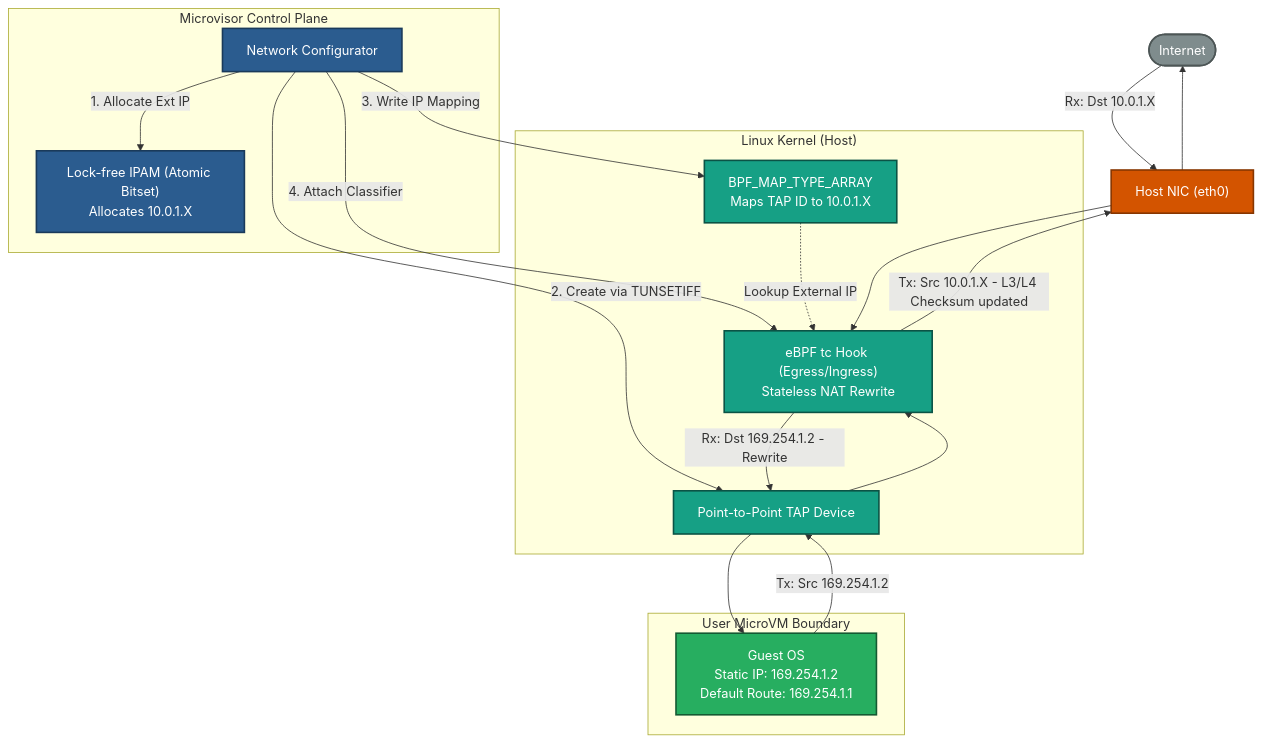
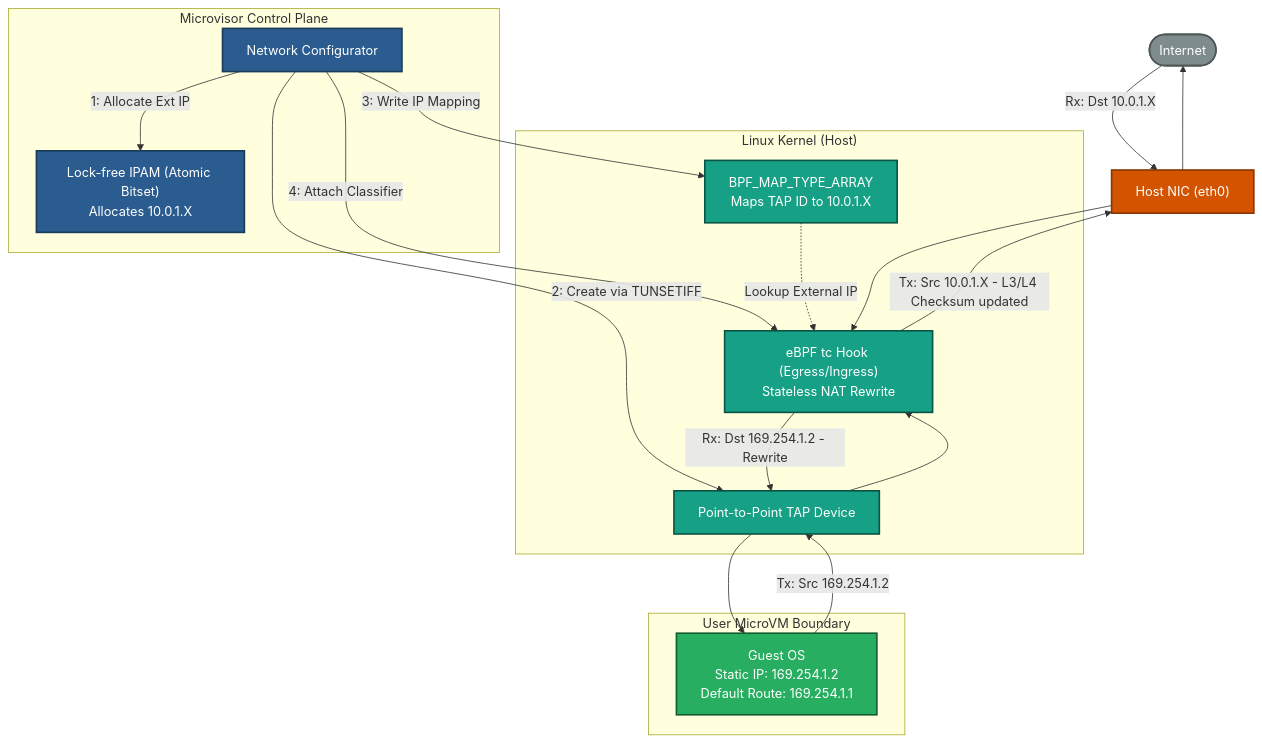
One commit to grahaml/microvisor changed the diagram in diagrams/002-network-architecture.mmd. Above: the diagram before and after it, drawn with Mermaid. The commit also changed 5 other files, not shown here.

```diff
--- a/diagrams/002-network-architecture.mmd
+++ b/diagrams/002-network-architecture.mmd
@@ -1,46 +1,46 @@
 graph TD
     classDef control_plane fill:#2b5c8f,stroke:#1a3a5a,stroke-width:2px,color:#fff;
     classDef kernel fill:#d35400,stroke:#873600,stroke-width:2px,color:#fff;
     classDef network fill:#16a085,stroke:#0b5345,stroke-width:2px,color:#fff;
     classDef user_vm fill:#27ae60,stroke:#145a32,stroke-width:2px,color:#fff;
     classDef external fill:#7f8c8d,stroke:#4d5656,stroke-width:2px,color:#fff;
 
     Internet([Internet])
     HostNIC["Host NIC (eth0)"]
 
     subgraph ControlPlane ["Microvisor Control Plane"]
         IPAM["Lock-free IPAM (Atomic Bitset)<br>Allocates 10.0.1.X"]
         Orchestrator["Network Configurator"]
     end
 
     subgraph GuestVM ["User MicroVM Boundary"]
         GuestOS["Guest OS<br>Static IP: 169.254.1.2<br>Default Route: 169.254.1.1"]
     end
 
     subgraph KernelBoundary ["Linux Kernel (Host)"]
         TAP["Point-to-Point TAP Device"]
         eBPF["eBPF tc Hook (Egress/Ingress)<br>Stateless NAT Rewrite"]
         BPFMap["BPF_MAP_TYPE_ARRAY<br>Maps TAP ID to 10.0.1.X"]
     end
 
-    Orchestrator -->|1. Allocate Ext IP| IPAM
-    Orchestrator -->|2. Create via TUNSETIFF| TAP
-    Orchestrator -->|3. Write IP Mapping| BPFMap
-    Orchestrator -->|4. Attach Classifier| eBPF
+    Orchestrator -->|1: Allocate Ext IP| IPAM
+    Orchestrator -->|2: Create via TUNSETIFF| TAP
+    Orchestrator -->|3: Write IP Mapping| BPFMap
+    Orchestrator -->|4: Attach Classifier| eBPF
 
     GuestOS -->|Tx: Src 169.254.1.2| TAP
     TAP --> eBPF
     BPFMap -.->|Lookup External IP| eBPF
     eBPF -->|Tx: Src 10.0.1.X - L3/L4 Checksum updated| HostNIC
     HostNIC --> Internet
 
     Internet -->|Rx: Dst 10.0.1.X| HostNIC
     HostNIC --> eBPF
     eBPF -->|Rx: Dst 169.254.1.2 - Rewrite| TAP
     TAP --> GuestOS
 
     class Internet external;
     class HostNIC kernel;
     class IPAM,Orchestrator control_plane;
     class GuestOS user_vm;
     class TAP,eBPF,BPFMap network;
```
